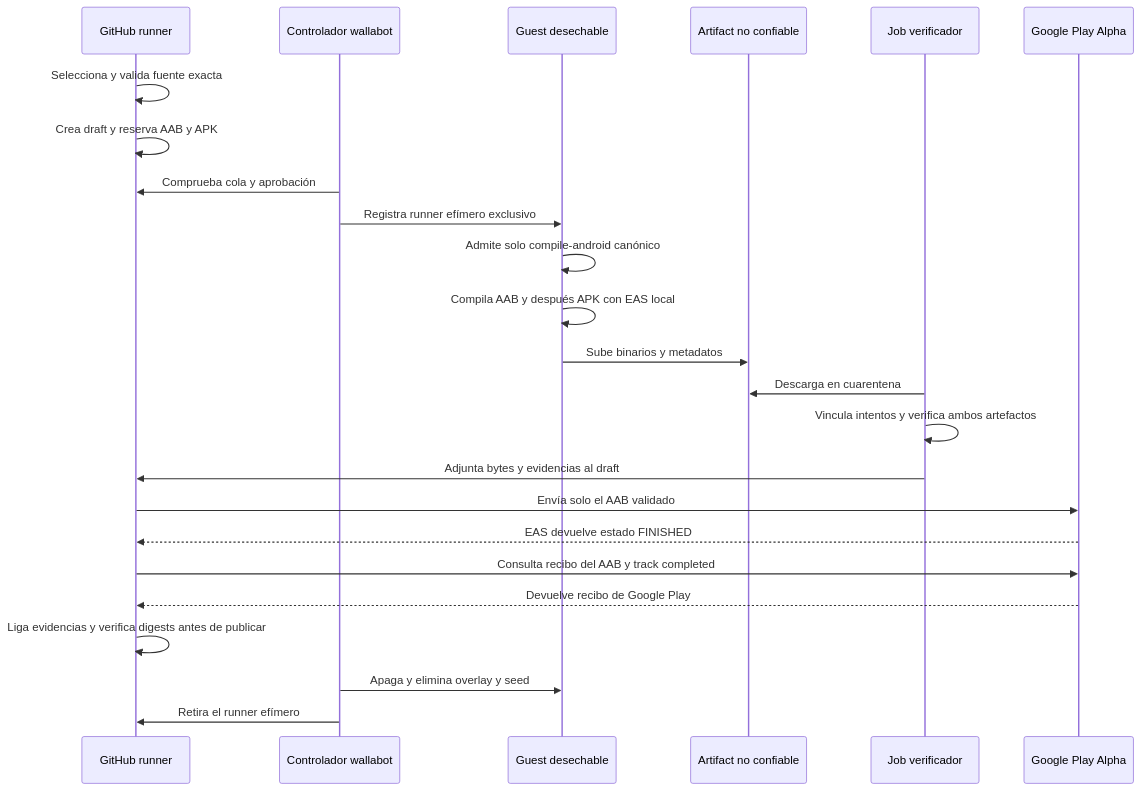
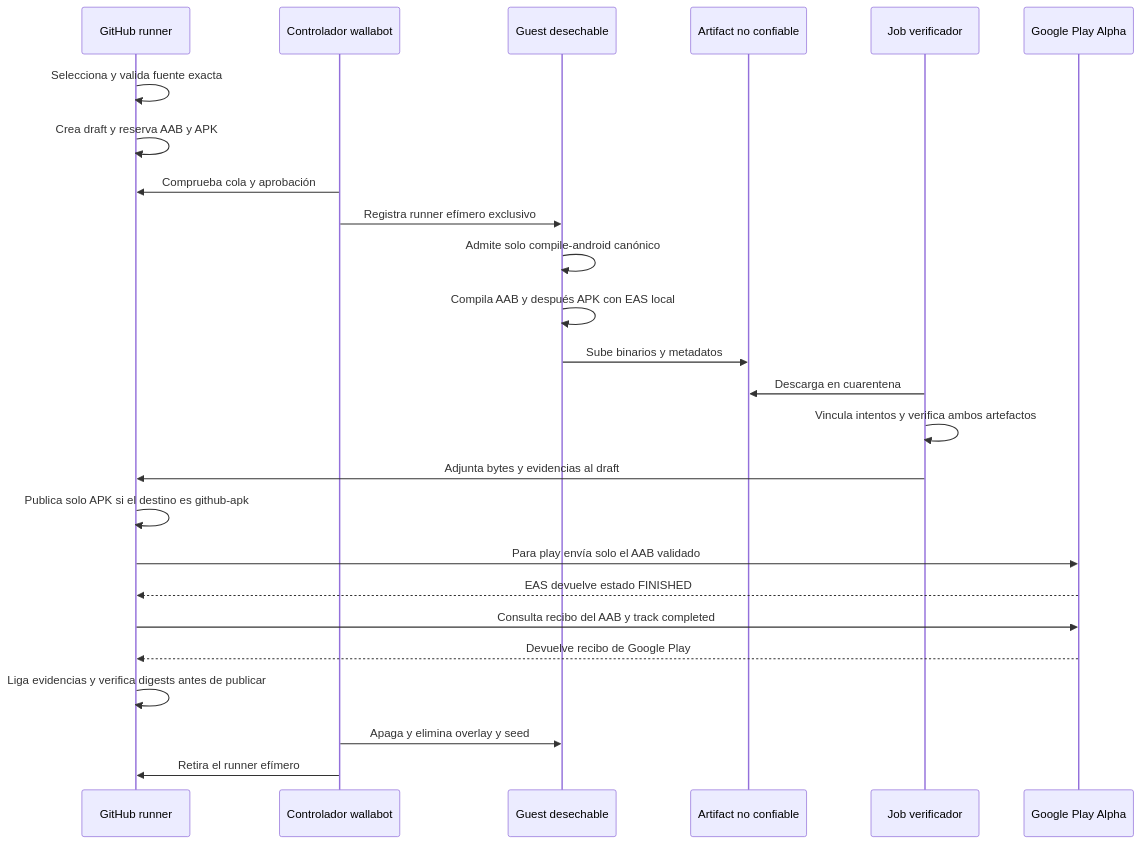
Before and after one commit to maximofn/gymnasia: the fourth of 5 diagrams in openwiki/operations/build-release-and-testing.md, drawn with Mermaid. The commit also changed other lines of this file and 16 other files, not shown here.

````diff
--- a/openwiki/operations/build-release-and-testing.md
+++ b/openwiki/operations/build-release-and-testing.md
@@ -280,26 +282,27 @@
 ```mermaid
 sequenceDiagram
     participant GH as GitHub runner
     participant HC as Controlador wallabot
     participant VM as Guest desechable
     participant UA as Artifact no confiable
     participant VJ as Job verificador
     participant PI as Google Play Alpha
     GH->>GH: Selecciona y valida fuente exacta
     GH->>GH: Crea draft y reserva AAB y APK
     HC->>GH: Comprueba cola y aprobación
     HC->>VM: Registra runner efímero exclusivo
     VM->>VM: Admite solo compile-android canónico
     VM->>VM: Compila AAB y después APK con EAS local
     VM->>UA: Sube binarios y metadatos
     VJ->>UA: Descarga en cuarentena
     VJ->>VJ: Vincula intentos y verifica ambos artefactos
     VJ->>GH: Adjunta bytes y evidencias al draft
-    GH->>PI: Envía solo el AAB validado
+    GH->>GH: Publica solo APK si el destino es github-apk
+    GH->>PI: Para play envía solo el AAB validado
     PI-->>GH: EAS devuelve estado FINISHED
     GH->>PI: Consulta recibo del AAB y track completed
     PI-->>GH: Devuelve recibo de Google Play
     GH->>GH: Liga evidencias y verifica digests antes de publicar
     HC->>VM: Apaga y elimina overlay y seed
     HC->>GH: Retira el runner efímero
 ```
````
